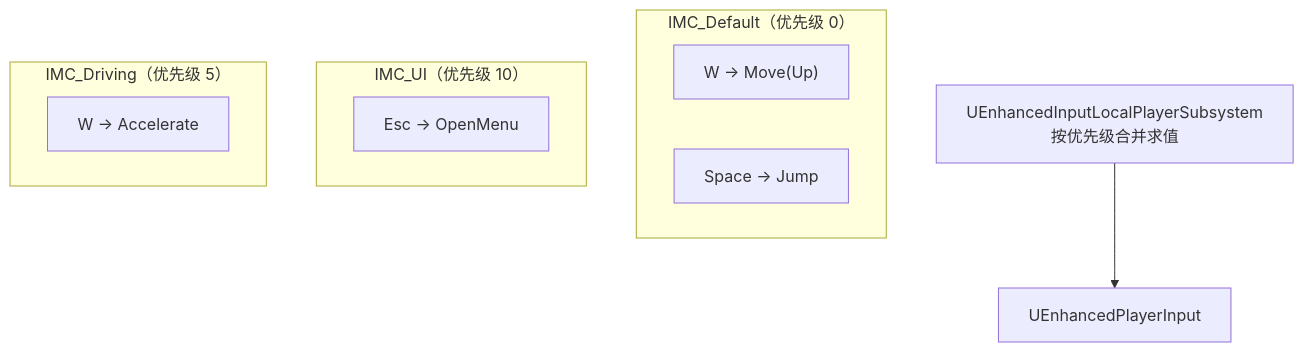
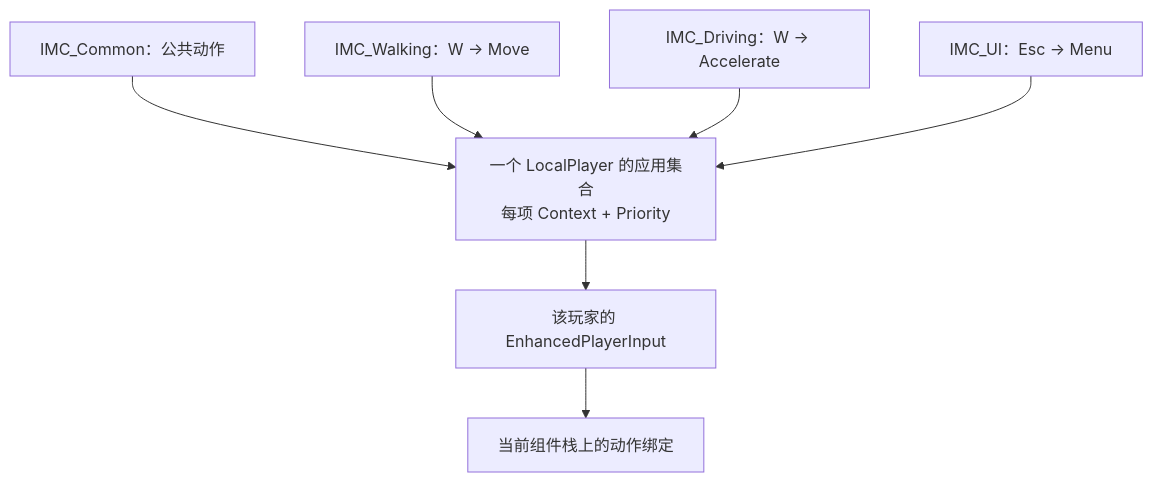
The second of 3 diagrams in 知识/05-Gameplay与交互系统/输入移动与交互/02-EnhancedInput增强输入.md (fantuan812/learning), drawn with Mermaid before and after one commit. The commit also changed other lines of this file and 1 other file, not shown here.

````diff
--- a/知识/05-Gameplay与交互系统/输入移动与交互/02-EnhancedInput增强输入.md
+++ b/知识/05-Gameplay与交互系统/输入移动与交互/02-EnhancedInput增强输入.md
@@ -85,16 +99,9 @@
 ```mermaid
 flowchart TD
-    subgraph IMC1["IMC_Default（优先级 0）"]
-        M1["W → Move(Up)"]
-        M2["Space → Jump"]
-    end
-    subgraph IMC2["IMC_UI（优先级 10）"]
-        M3["Esc → OpenMenu"]
-    end
-    subgraph IMC3["IMC_Driving（优先级 5）"]
-        M4["W → Accelerate"]
-    end
-    SUB["UEnhancedInputLocalPlayerSubsystem<br/>按优先级合并求值"]
-    PLAYER["UEnhancedPlayerInput"]
-    SUB --> PLAYER
+    C["IMC_Common：公共动作"] --> S["一个 LocalPlayer 的应用集合<br/>每项 Context + Priority"]
+    W["IMC_Walking：W → Move"] --> S
+    R["IMC_Driving：W → Accelerate"] --> S
+    U["IMC_UI：Esc → Menu"] --> S
+    S --> P["该玩家的 EnhancedPlayerInput"]
+    P --> I["当前组件栈上的动作绑定"]
 ```
````
